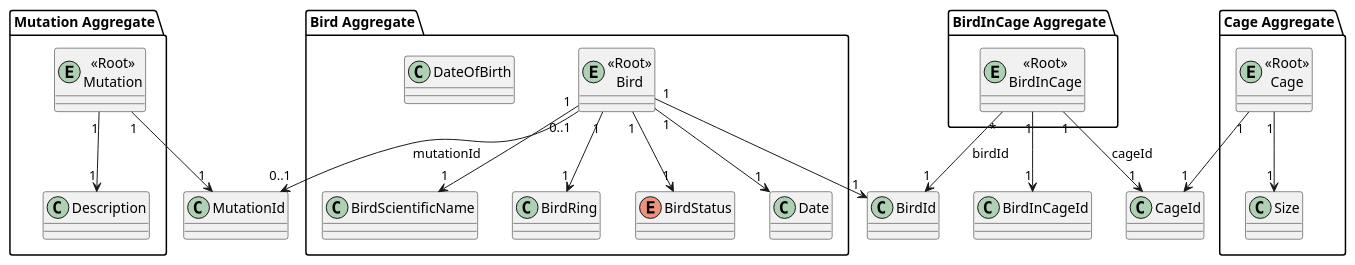
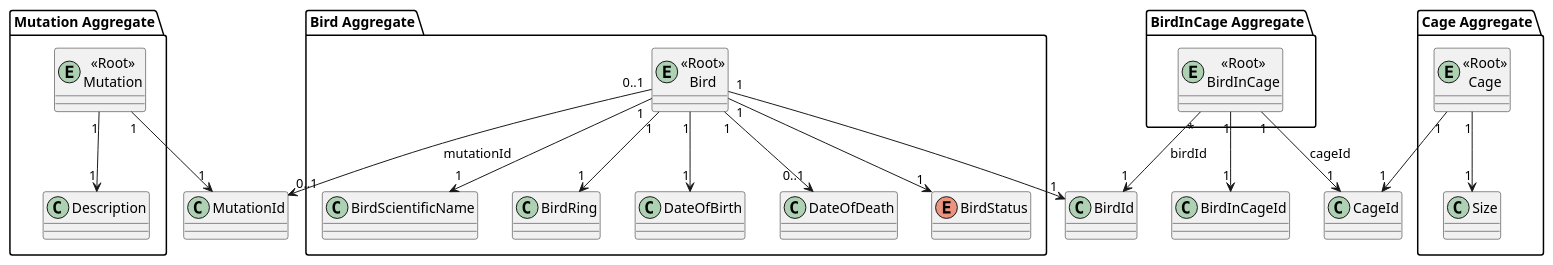
The diagram in docs/DomainDDD.puml (rubenrocha26/bms-backend-ddd), drawn with PlantUML before and after one commit. The commit also changed 2 other files, not shown here.

```diff
--- a/docs/DomainDDD.puml
+++ b/docs/DomainDDD.puml
@@ -1,41 +1,43 @@
 @startuml
 class MutationId
 class BirdId
 class CageId
 class BirdInCageId
 
 package "Mutation Aggregate" {
     entity "<<Root>>\nMutation" as Mutation
     class "Description"
     Mutation "1" --> "1" MutationId
     Mutation "1" --> "1" Description
 }
 
 package "Bird Aggregate" {
     entity "<<Root>>\nBird" as Bird
     class "BirdScientificName"
     class "BirdRing"
     class "DateOfBirth"
+    class "DateOfDeath"
     enum "BirdStatus"
     Bird "1" --> "1" BirdId
     Bird "1" --> "1" BirdScientificName
     Bird "1" --> "1" BirdRing
-    Bird "1" --> "1" Date
+    Bird "1" --> "1" "DateOfBirth"
+    Bird "1" --> "0..1" "DateOfDeath"
     Bird "1" --> "1" BirdStatus
     Bird "0..1" --> "0..1" MutationId : mutationId
 }
 
 package "Cage Aggregate" {
     entity "<<Root>>\nCage" as Cage
     class "Size"
     Cage "1" --> "1" CageId
     Cage "1" --> "1" Size
 }
 
 package "BirdInCage Aggregate" {
     entity "<<Root>>\nBirdInCage" as BirdInCage
     BirdInCage "1" --> "1" BirdInCageId
     BirdInCage "*" --> "1" BirdId : birdId
     BirdInCage "1" --> "1" CageId : cageId
 }
 @enduml
```
